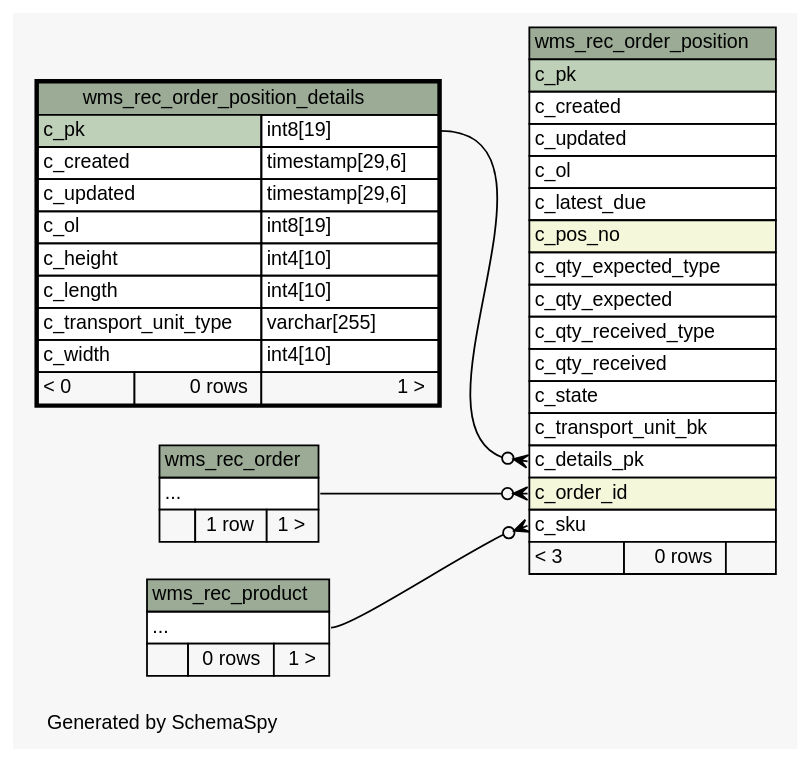
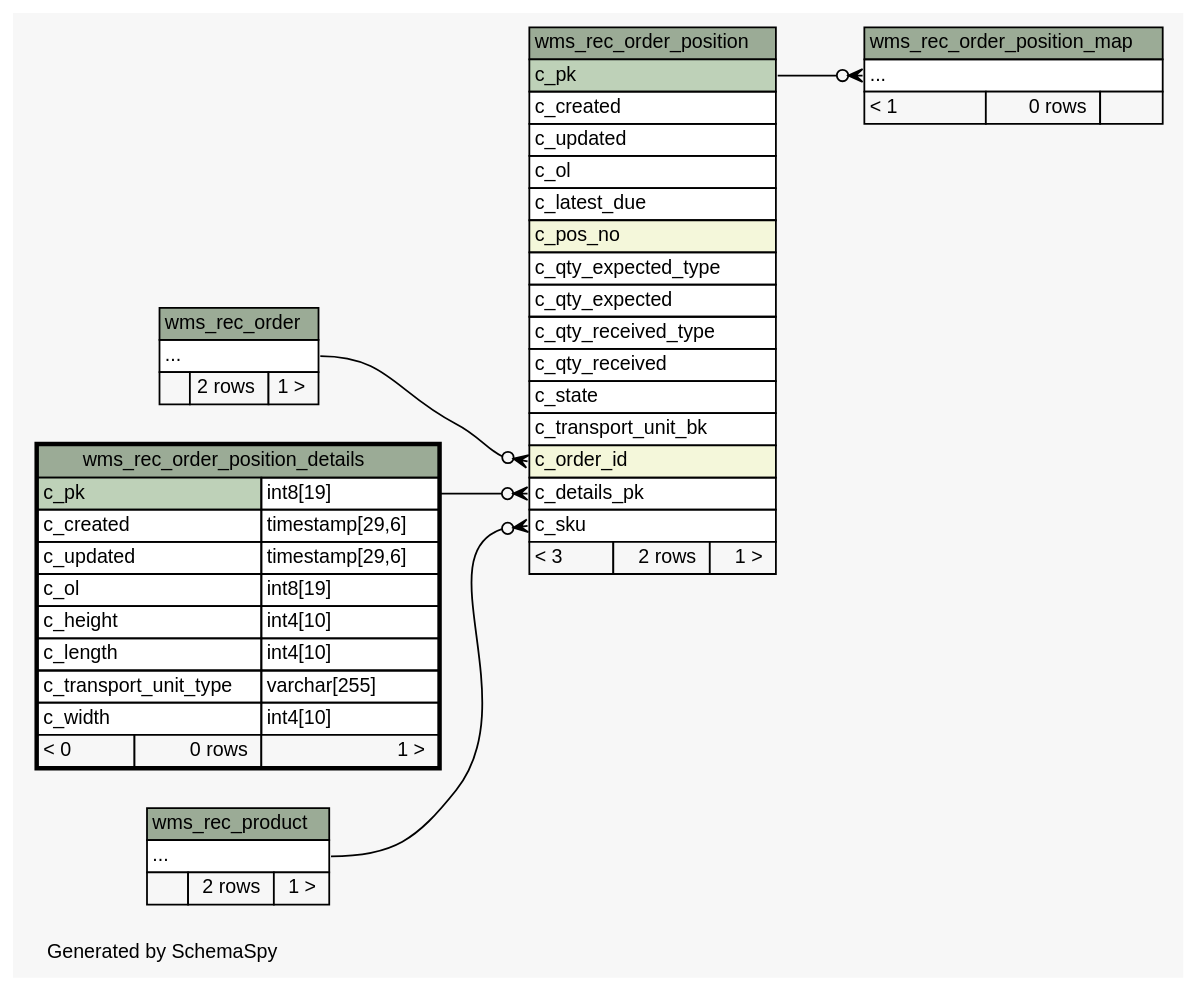
Before and after one commit to openwms/org.openwms.wms.receiving.lib: the diagram in 1.0.0-SNAPSHOT/schemaspy/diagrams/wms_rec_order_position_details.2degrees.dot, drawn with Graphviz. The commit also changed 392 other files, not shown here.

```diff
--- a/1.0.0-SNAPSHOT/schemaspy/diagrams/wms_rec_order_position_details.2degrees.dot
+++ b/1.0.0-SNAPSHOT/schemaspy/diagrams/wms_rec_order_position_details.2degrees.dot
@@ -1,86 +1,97 @@
-// dot 2.38.0 on Linux 4.15.0-1077-gcp
+// dot 2.42.3 on Linux 5.4.0-1032-azure
 // SchemaSpy rev Unknown
 digraph "twoDegreesRelationshipsDiagram" {
   graph [
     rankdir="RL"
     bgcolor="#f7f7f7"
     label="\nGenerated by SchemaSpy"
     labeljust="l"
     nodesep="0.18"
     ranksep="0.46"
     fontname="Helvetica"
     fontsize="11"
   ];
   node [
     fontname="Helvetica"
     fontsize="11"
     shape="plaintext"
   ];
   edge [
     arrowsize="0.8"
   ];
   "wms_rec_order_position":"c_details_pk":w -> "wms_rec_order_position_details":"c_pk.type":e [arrowhead=none dir=back arrowtail=crowodot];
   "wms_rec_order_position":"c_order_id":w -> "wms_rec_order":"elipses":e [arrowhead=none dir=back arrowtail=crowodot];
   "wms_rec_order_position":"c_sku":w -> "wms_rec_product":"elipses":e [arrowhead=none dir=back arrowtail=crowodot];
+  "wms_rec_order_position_map":"elipses":w -> "wms_rec_order_position":"c_pk":e [arrowhead=none dir=back arrowtail=crowodot];
   "wms_rec_order" [
     label=<
     <TABLE BORDER="0" CELLBORDER="1" CELLSPACING="0" BGCOLOR="#ffffff">
       <TR><TD COLSPAN="3" BGCOLOR="#9bab96" ALIGN="CENTER">wms_rec_order</TD></TR>
       <TR><TD PORT="elipses" COLSPAN="3" ALIGN="LEFT">...</TD></TR>
-      <TR><TD ALIGN="LEFT" BGCOLOR="#f7f7f7">  </TD><TD ALIGN="RIGHT" BGCOLOR="#f7f7f7">1 row</TD><TD ALIGN="RIGHT" BGCOLOR="#f7f7f7">1 &gt;</TD></TR>
+      <TR><TD ALIGN="LEFT" BGCOLOR="#f7f7f7">  </TD><TD ALIGN="RIGHT" BGCOLOR="#f7f7f7">2 rows</TD><TD ALIGN="RIGHT" BGCOLOR="#f7f7f7">1 &gt;</TD></TR>
     </TABLE>>
     URL="wms_rec_order.html"
     tooltip="wms_rec_order"
   ];
   "wms_rec_order_position" [
     label=<
     <TABLE BORDER="0" CELLBORDER="1" CELLSPACING="0" BGCOLOR="#ffffff">
       <TR><TD COLSPAN="3" BGCOLOR="#9bab96" ALIGN="CENTER">wms_rec_order_position</TD></TR>
       <TR><TD PORT="c_pk" COLSPAN="3" BGCOLOR="#bed1b8" ALIGN="LEFT">c_pk</TD></TR>
       <TR><TD PORT="c_created" COLSPAN="3" ALIGN="LEFT">c_created</TD></TR>
       <TR><TD PORT="c_updated" COLSPAN="3" ALIGN="LEFT">c_updated</TD></TR>
       <TR><TD PORT="c_ol" COLSPAN="3" ALIGN="LEFT">c_ol</TD></TR>
       <TR><TD PORT="c_latest_due" COLSPAN="3" ALIGN="LEFT">c_latest_due</TD></TR>
       <TR><TD PORT="c_pos_no" COLSPAN="3" BGCOLOR="#f4f7da" ALIGN="LEFT">c_pos_no</TD></TR>
       <TR><TD PORT="c_qty_expected_type" COLSPAN="3" ALIGN="LEFT">c_qty_expected_type</TD></TR>
       <TR><TD PORT="c_qty_expected" COLSPAN="3" ALIGN="LEFT">c_qty_expected</TD></TR>
       <TR><TD PORT="c_qty_received_type" COLSPAN="3" ALIGN="LEFT">c_qty_received_type</TD></TR>
       <TR><TD PORT="c_qty_received" COLSPAN="3" ALIGN="LEFT">c_qty_received</TD></TR>
       <TR><TD PORT="c_state" COLSPAN="3" ALIGN="LEFT">c_state</TD></TR>
       <TR><TD PORT="c_transport_unit_bk" COLSPAN="3" ALIGN="LEFT">c_transport_unit_bk</TD></TR>
+      <TR><TD PORT="c_order_id" COLSPAN="3" BGCOLOR="#f4f7da" ALIGN="LEFT">c_order_id</TD></TR>
       <TR><TD PORT="c_details_pk" COLSPAN="3" ALIGN="LEFT">c_details_pk</TD></TR>
-      <TR><TD PORT="c_order_id" COLSPAN="3" BGCOLOR="#f4f7da" ALIGN="LEFT">c_order_id</TD></TR>
       <TR><TD PORT="c_sku" COLSPAN="3" ALIGN="LEFT">c_sku</TD></TR>
-      <TR><TD ALIGN="LEFT" BGCOLOR="#f7f7f7">&lt; 3</TD><TD ALIGN="RIGHT" BGCOLOR="#f7f7f7">0 rows</TD><TD ALIGN="RIGHT" BGCOLOR="#f7f7f7">  </TD></TR>
+      <TR><TD ALIGN="LEFT" BGCOLOR="#f7f7f7">&lt; 3</TD><TD ALIGN="RIGHT" BGCOLOR="#f7f7f7">2 rows</TD><TD ALIGN="RIGHT" BGCOLOR="#f7f7f7">1 &gt;</TD></TR>
     </TABLE>>
     URL="wms_rec_order_position.html"
     tooltip="wms_rec_order_position"
   ];
   "wms_rec_order_position_details" [
     label=<
     <TABLE BORDER="2" CELLBORDER="1" CELLSPACING="0" BGCOLOR="#ffffff">
       <TR><TD COLSPAN="3" BGCOLOR="#9bab96" ALIGN="CENTER">wms_rec_order_position_details</TD></TR>
       <TR><TD PORT="c_pk" COLSPAN="2" BGCOLOR="#bed1b8" ALIGN="LEFT">c_pk</TD><TD PORT="c_pk.type" ALIGN="LEFT">int8[19]</TD></TR>
       <TR><TD PORT="c_created" COLSPAN="2" ALIGN="LEFT">c_created</TD><TD PORT="c_created.type" ALIGN="LEFT">timestamp[29,6]</TD></TR>
       <TR><TD PORT="c_updated" COLSPAN="2" ALIGN="LEFT">c_updated</TD><TD PORT="c_updated.type" ALIGN="LEFT">timestamp[29,6]</TD></TR>
       <TR><TD PORT="c_ol" COLSPAN="2" ALIGN="LEFT">c_ol</TD><TD PORT="c_ol.type" ALIGN="LEFT">int8[19]</TD></TR>
       <TR><TD PORT="c_height" COLSPAN="2" ALIGN="LEFT">c_height</TD><TD PORT="c_height.type" ALIGN="LEFT">int4[10]</TD></TR>
       <TR><TD PORT="c_length" COLSPAN="2" ALIGN="LEFT">c_length</TD><TD PORT="c_length.type" ALIGN="LEFT">int4[10]</TD></TR>
       <TR><TD PORT="c_transport_unit_type" COLSPAN="2" ALIGN="LEFT">c_transport_unit_type</TD><TD PORT="c_transport_unit_type.type" ALIGN="LEFT">varchar[255]</TD></TR>
       <TR><TD PORT="c_width" COLSPAN="2" ALIGN="LEFT">c_width</TD><TD PORT="c_width.type" ALIGN="LEFT">int4[10]</TD></TR>
       <TR><TD ALIGN="LEFT" BGCOLOR="#f7f7f7">&lt; 0</TD><TD ALIGN="RIGHT" BGCOLOR="#f7f7f7">0 rows</TD><TD ALIGN="RIGHT" BGCOLOR="#f7f7f7">1 &gt;</TD></TR>
     </TABLE>>
     URL="wms_rec_order_position_details.html"
     tooltip="wms_rec_order_position_details"
   ];
+  "wms_rec_order_position_map" [
+    label=<
+    <TABLE BORDER="0" CELLBORDER="1" CELLSPACING="0" BGCOLOR="#ffffff">
+      <TR><TD COLSPAN="3" BGCOLOR="#9bab96" ALIGN="CENTER">wms_rec_order_position_map</TD></TR>
+      <TR><TD PORT="elipses" COLSPAN="3" ALIGN="LEFT">...</TD></TR>
+      <TR><TD ALIGN="LEFT" BGCOLOR="#f7f7f7">&lt; 1</TD><TD ALIGN="RIGHT" BGCOLOR="#f7f7f7">0 rows</TD><TD ALIGN="RIGHT" BGCOLOR="#f7f7f7">  </TD></TR>
+    </TABLE>>
+    URL="wms_rec_order_position_map.html"
+    tooltip="wms_rec_order_position_map"
+  ];
   "wms_rec_product" [
     label=<
     <TABLE BORDER="0" CELLBORDER="1" CELLSPACING="0" BGCOLOR="#ffffff">
       <TR><TD COLSPAN="3" BGCOLOR="#9bab96" ALIGN="CENTER">wms_rec_product</TD></TR>
       <TR><TD PORT="elipses" COLSPAN="3" ALIGN="LEFT">...</TD></TR>
-      <TR><TD ALIGN="LEFT" BGCOLOR="#f7f7f7">  </TD><TD ALIGN="RIGHT" BGCOLOR="#f7f7f7">0 rows</TD><TD ALIGN="RIGHT" BGCOLOR="#f7f7f7">1 &gt;</TD></TR>
+      <TR><TD ALIGN="LEFT" BGCOLOR="#f7f7f7">  </TD><TD ALIGN="RIGHT" BGCOLOR="#f7f7f7">2 rows</TD><TD ALIGN="RIGHT" BGCOLOR="#f7f7f7">1 &gt;</TD></TR>
     </TABLE>>
     URL="wms_rec_product.html"
     tooltip="wms_rec_product"
   ];
 }
```
